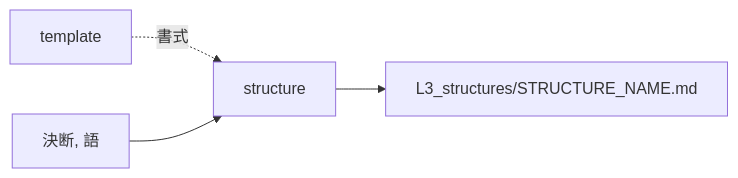
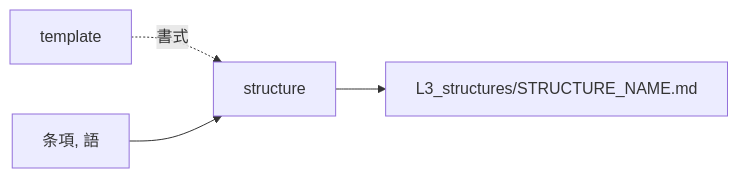
The diagram in docs/archivist/L2_designs/structure.md (gameundwatch/archivist), drawn with Mermaid before and after one commit. The commit also changed other lines of this file and 71 other files, not shown here.

````diff
--- a/docs/archivist/L2_designs/structure.md
+++ b/docs/archivist/L2_designs/structure.md
@@ -13,5 +13,5 @@
 ```mermaid
 flowchart LR
     TP["template"] -.書式.-> S["structure"]
-    IN["決断, 語"] --> S --> OUT["L3_structures/STRUCTURE_NAME.md"]
+    IN["条項, 語"] --> S --> OUT["L3_structures/STRUCTURE_NAME.md"]
 ```
````
